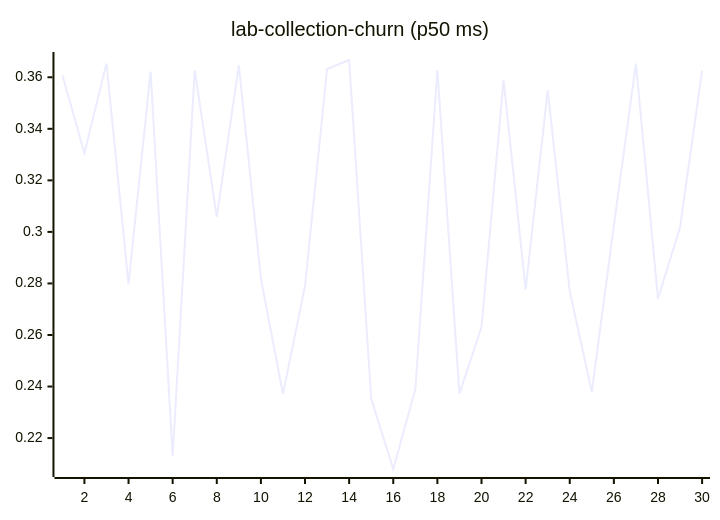
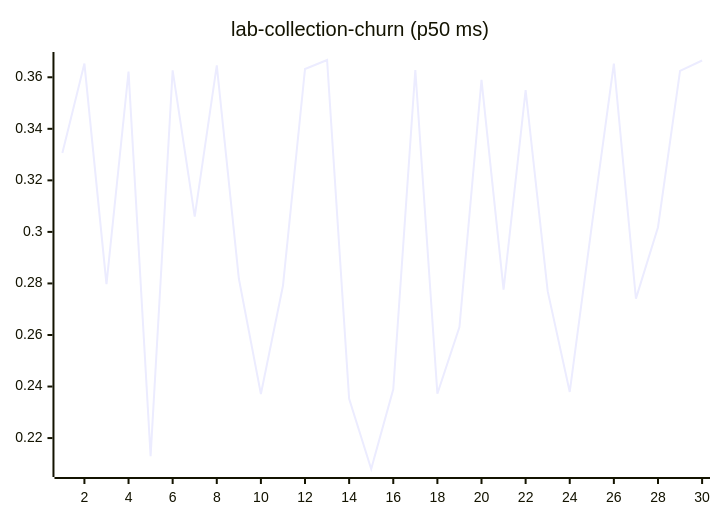
One commit to josha/Facet changed diagram 11 of 27 in README.md. Above: the diagram before and after it, drawn with Mermaid. The commit also changed other lines of this file and 2 other files, not shown here.

````diff
--- a/README.md
+++ b/README.md
@@ -133,6 +133,6 @@
 ```mermaid
 xychart-beta
     title "lab-collection-churn (p50 ms)"
     x-axis 1 --> 30
-    line [0.3609, 0.3306, 0.3653, 0.2797, 0.3622, 0.2130, 0.3627, 0.3059, 0.3646, 0.2819, 0.2371, 0.2791, 0.3632, 0.3667, 0.2352, 0.2080, 0.2389, 0.3628, 0.2372, 0.2631, 0.3590, 0.2776, 0.3550, 0.2770, 0.2379, 0.3024, 0.3653, 0.2741, 0.3018, 0.3625]
+    line [0.3306, 0.3653, 0.2797, 0.3622, 0.2130, 0.3627, 0.3059, 0.3646, 0.2819, 0.2371, 0.2791, 0.3632, 0.3667, 0.2352, 0.2080, 0.2389, 0.3628, 0.2372, 0.2631, 0.3590, 0.2776, 0.3550, 0.2770, 0.2379, 0.3024, 0.3653, 0.2741, 0.3018, 0.3625, 0.3665]
 ```
````
